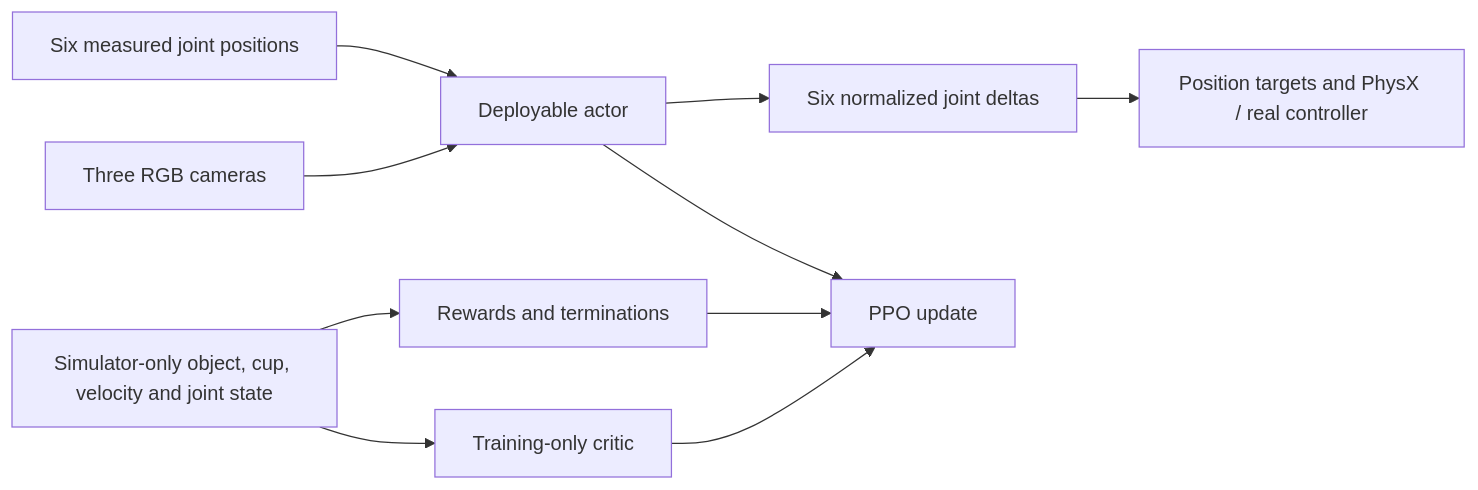
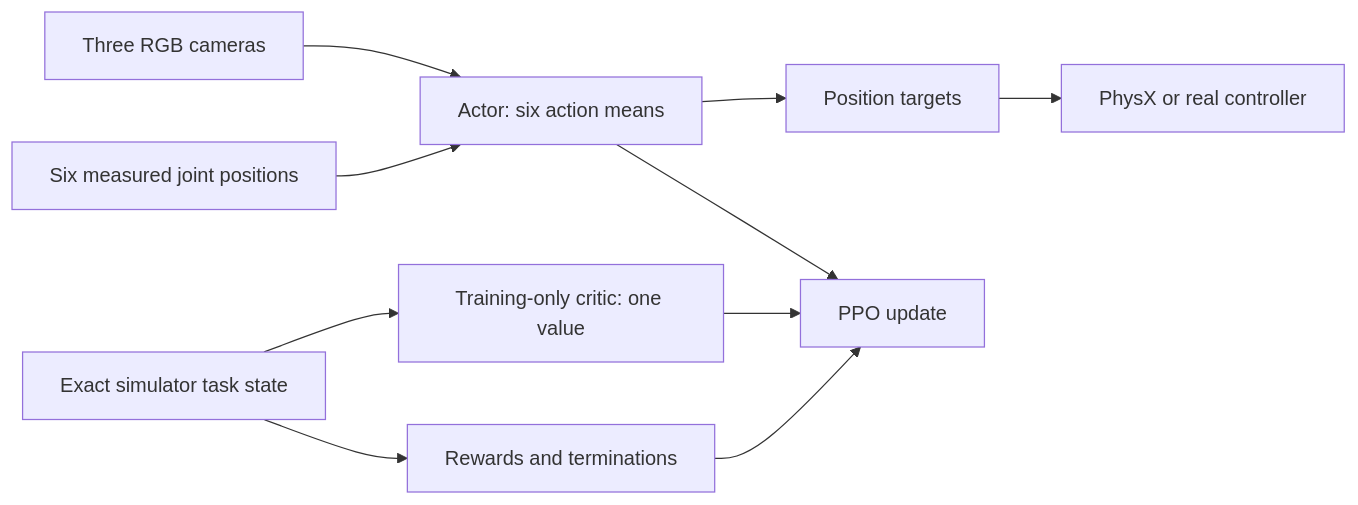
Before and after one commit to mianigro/so101-ros2: the diagram in isaaclab/METHODOLOGY.md, drawn with Mermaid. The commit also changed other lines of this file and 16 other files, not shown here.

````diff
--- a/isaaclab/METHODOLOGY.md
+++ b/isaaclab/METHODOLOGY.md
@@ -137,12 +120,12 @@
 ```mermaid
 flowchart LR
-    C["Three RGB cameras"] --> A["Deployable actor"]
+    C["Three RGB cameras"] --> A["Actor: six action means"]
     J["Six measured joint positions"] --> A
-    A --> D["Six normalized joint deltas"]
-    D --> P["Position targets and PhysX / real controller"]
-    S["Simulator-only object, cup, velocity and joint state"] --> V["Training-only critic"]
-    S --> R["Rewards and terminations"]
-    V --> PPO["PPO update"]
+    A --> P["Position targets"]
+    P --> S["PhysX or real controller"]
+    T["Exact simulator task state"] --> V["Training-only critic: one value"]
+    T --> R["Rewards and terminations"]
+    A --> PPO["PPO update"]
+    V --> PPO
     R --> PPO
-    A --> PPO
 ```
````
